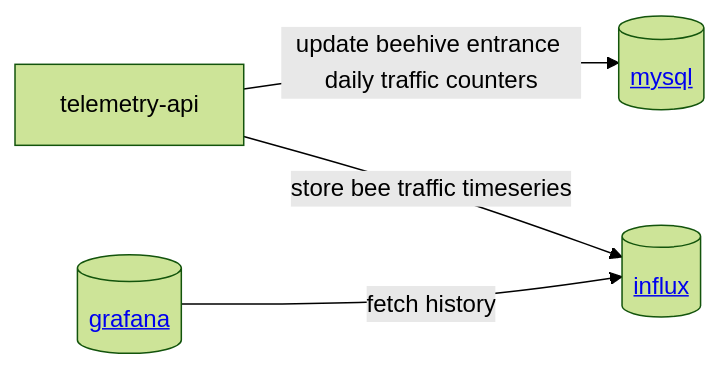
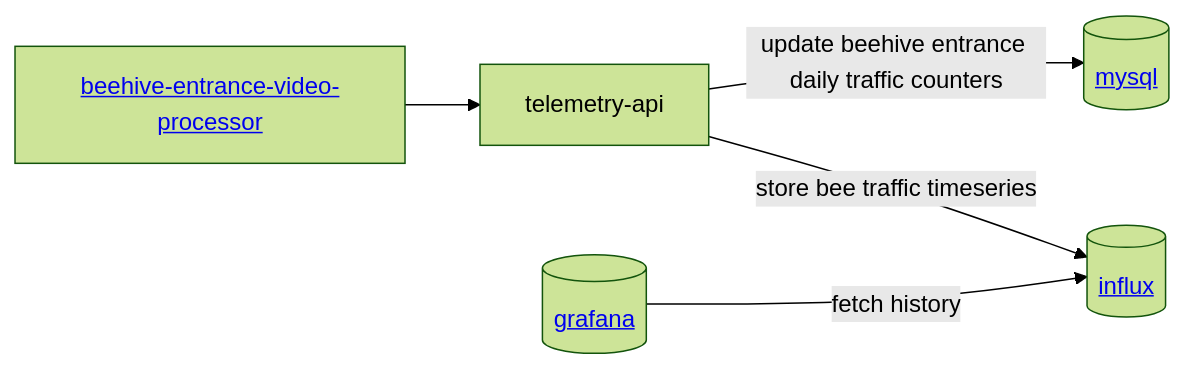
The diagram in README.md (Gratheon/telemetry-api), drawn with Mermaid (forest theme) before and after one commit.

````diff
--- a/README.md
+++ b/README.md
@@ -6,7 +6,12 @@
 ```mermaid
 flowchart LR
 	telemetry-api --"update beehive entrance daily traffic counters"--> mysql[(<a href="https://github.com/Gratheon/mysql">mysql</a>)]
+
+
+beehive-entrance-video-processor[<a href="https://github.com/Gratheon/beehive-entrance-video-processor">beehive-entrance-video-processor</a>] --> telemetry-api
+
+
 	telemetry-api --"store bee traffic timeseries" --> influx[(<a href="https://github.com/Gratheon/grafana">influx</a>)]
 
 	grafana[(<a href="https://github.com/Gratheon/grafana">grafana</a>)] --"fetch history"--> influx
 ```
````
